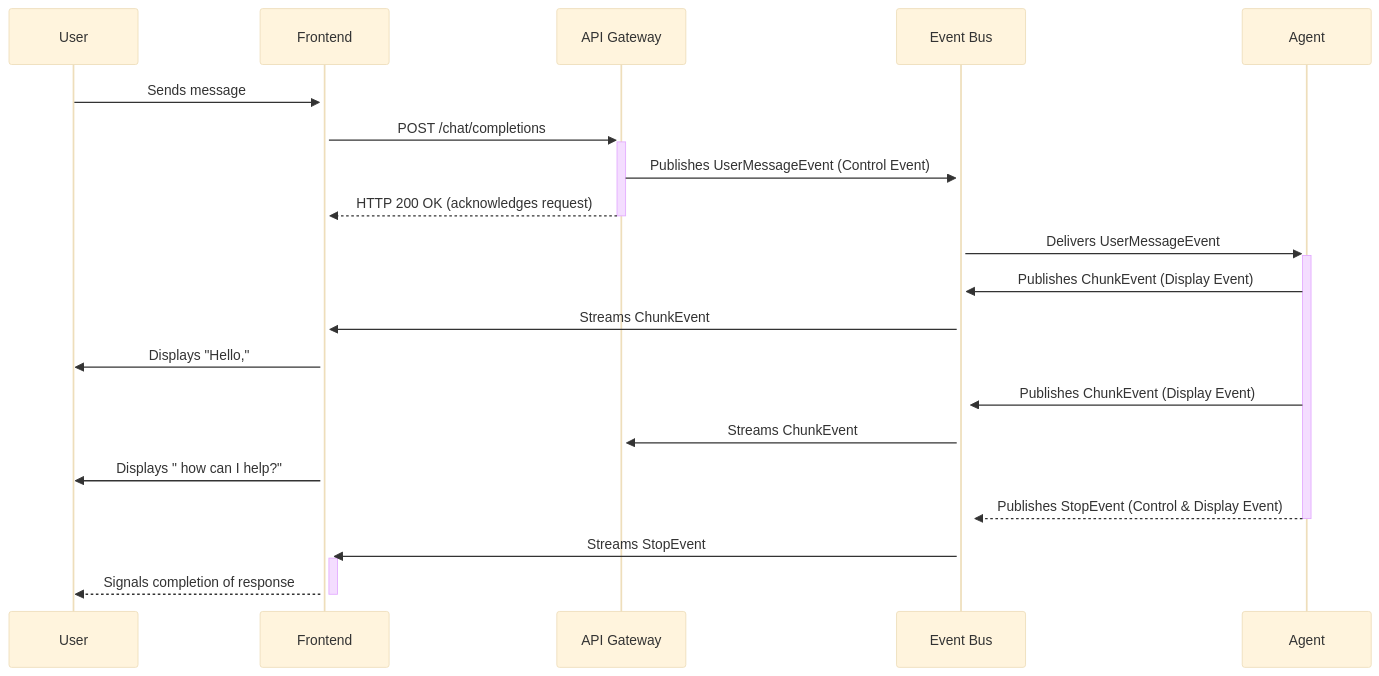
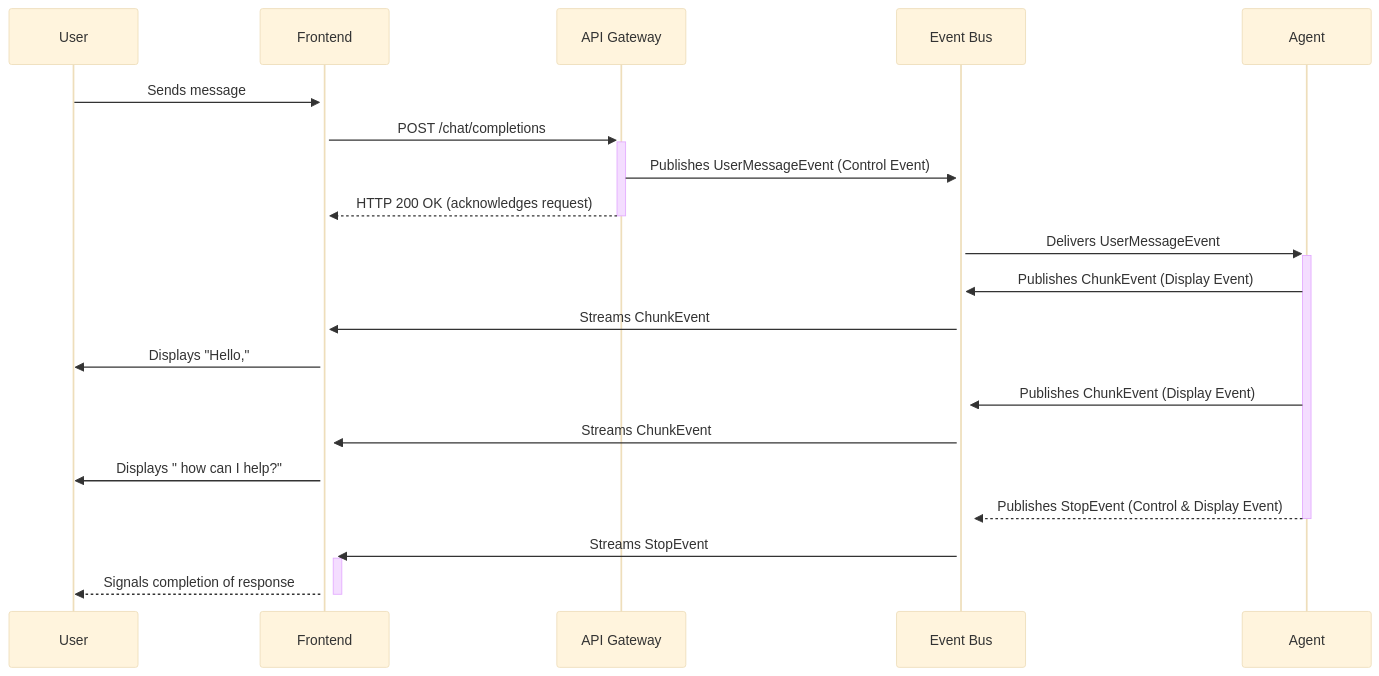
Before and after one commit to bbvch-ai/aihub-core: the first of 6 diagrams in docs/docs/2_platform/2_architecture/3_swiss_ai_agent_protocol/index.de.md, drawn with Mermaid (base theme). The commit also changed other lines of this file and 136 other files, not shown here.

````diff
--- a/docs/docs/2_platform/2_architecture/3_swiss_ai_agent_protocol/index.de.md
+++ b/docs/docs/2_platform/2_architecture/3_swiss_ai_agent_protocol/index.de.md
@@ -87,26 +52,26 @@
 ```mermaid
 sequenceDiagram
     participant User
     participant Frontend
     participant API Gateway
     participant Event Bus
     participant Agent
 
     User->>+Frontend: Sends message
     Frontend->>+API Gateway: POST /chat/completions
     API Gateway->>+Event Bus: Publishes UserMessageEvent (Control Event)
     API Gateway-->>-Frontend: HTTP 200 OK (acknowledges request)
     Event Bus->>+Agent: Delivers UserMessageEvent
     
     Agent->>+Event Bus: Publishes ChunkEvent (Display Event)
     Event Bus->>+Frontend: Streams ChunkEvent
     Frontend->>User: Displays "Hello,"
 
     Agent->>+Event Bus: Publishes ChunkEvent (Display Event)
-    Event Bus->>+API Gateway: Streams ChunkEvent
+    Event Bus->>+Frontend: Streams ChunkEvent
     Frontend->>User: Displays " how can I help?"
 
     Agent-->>-Event Bus: Publishes StopEvent (Control & Display Event)
     Event Bus->>+Frontend: Streams StopEvent
     Frontend-->>-User: Signals completion of response
 ```
````
